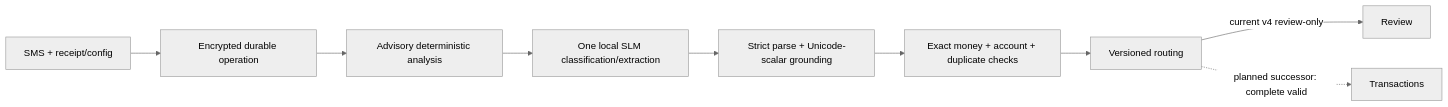
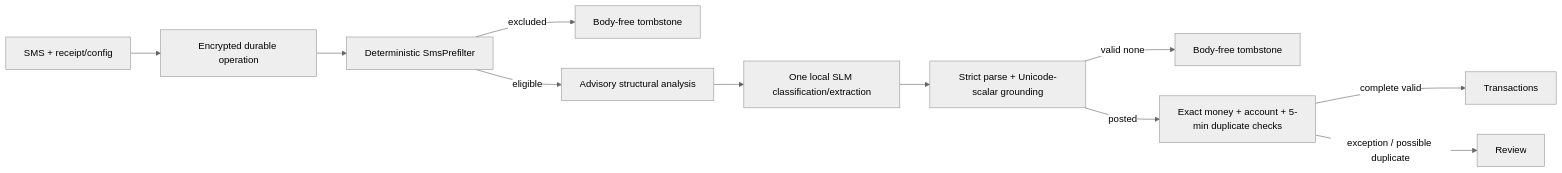
The diagram in README.md (pocket-financer/pocket-financer-android), drawn with Mermaid (neutral theme) before and after one commit. The commit also changed other lines of this file and 326 other files, not shown here.

````diff
--- a/README.md
+++ b/README.md
@@ -38,11 +38,13 @@
 ```mermaid
 flowchart LR
     A["SMS + receipt/config"] --> B["Encrypted durable operation"]
-    B --> C["Advisory deterministic analysis"]
+    B --> P["Deterministic SmsPrefilter"]
+    P -->|"excluded"| X["Body-free tombstone"]
+    P -->|"eligible"| C["Advisory structural analysis"]
     C --> D["One local SLM classification/extraction"]
     D --> E["Strict parse + Unicode-scalar grounding"]
-    E --> F["Exact money + account + duplicate checks"]
-    F --> G["Versioned routing"]
-    G -->|"current v4 review-only"| H["Review"]
-    G -.->|"planned successor: complete valid"| I["Transactions"]
+    E -->|"valid none"| N["Body-free tombstone"]
+    E -->|"posted"| F["Exact money + account + 5-min duplicate checks"]
+    F -->|"complete valid"| I["Transactions"]
+    F -->|"exception / possible duplicate"| H["Review"]
 ```
````
